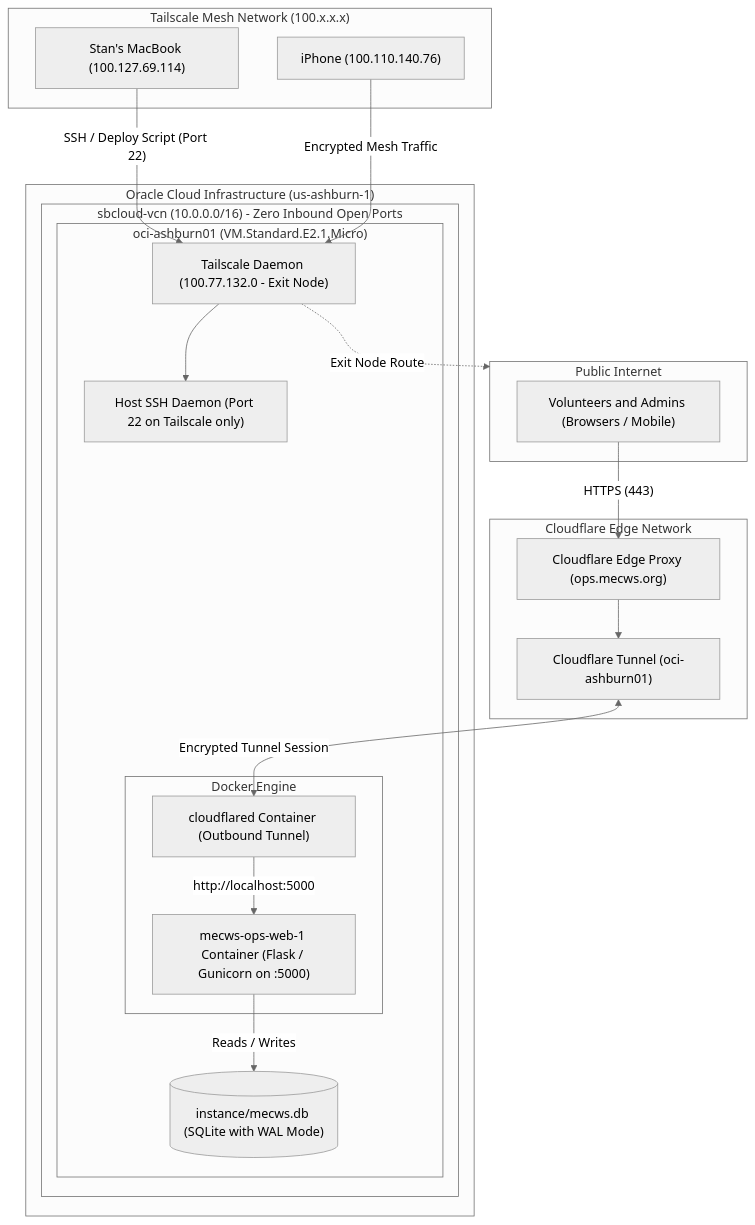
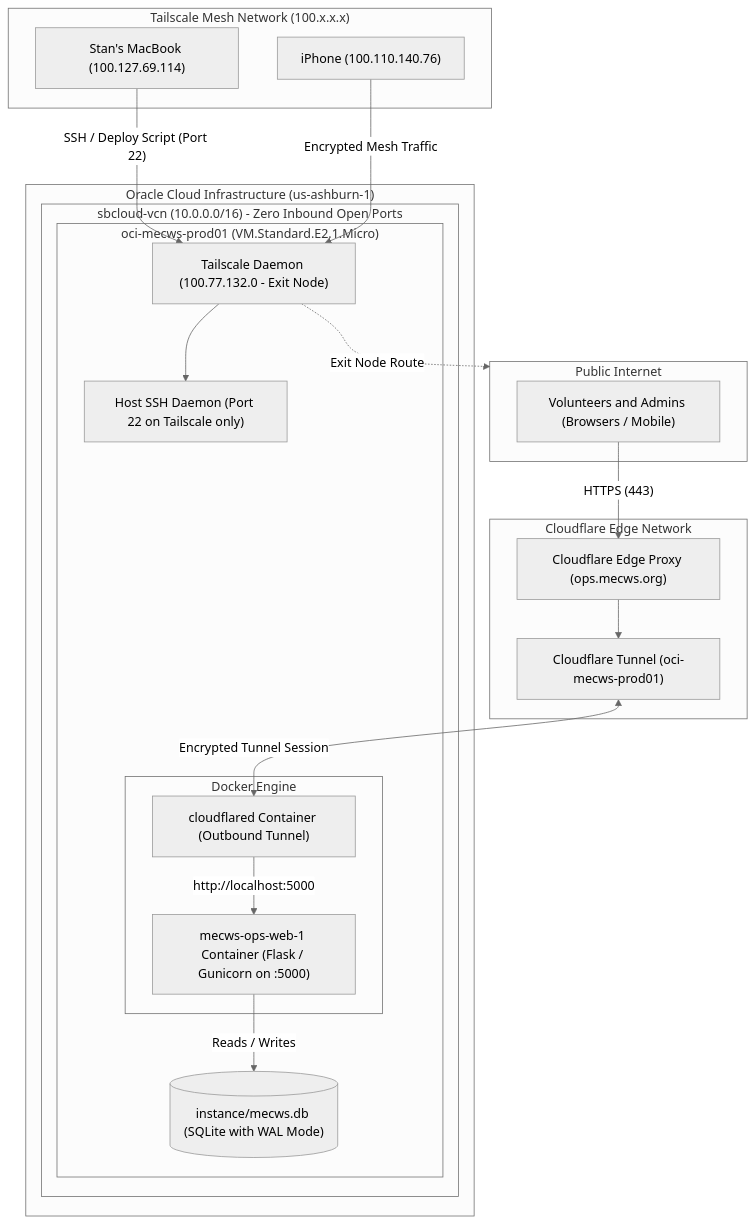
Before and after one commit to sbrinkerhoff/various-infrastructure: the diagram in oci-mecws/README.md, drawn with Mermaid (neutral theme). The commit also changed other lines of this file and 2 other files, not shown here.

First line of the commit message:
refactor(oci): rename oci-ashburn01 vm to oci-mecws-prod01

````diff
--- a/oci-mecws/README.md
+++ b/oci-mecws/README.md
@@ -17,45 +17,45 @@
 ```mermaid
 flowchart TD
     subgraph PublicInternet["Public Internet"]
         Volunteer["Volunteers and Admins (Browsers / Mobile)"]
     end
 
     subgraph Tailnet["Tailscale Mesh Network (100.x.x.x)"]
         MacBook["Stan's MacBook (100.127.69.114)"]
         iPhone["iPhone (100.110.140.76)"]
     end
 
     subgraph Cloudflare["Cloudflare Edge Network"]
         CFEdge["Cloudflare Edge Proxy (ops.mecws.org)"]
-        CFTunnel["Cloudflare Tunnel (oci-ashburn01)"]
+        CFTunnel["Cloudflare Tunnel (oci-mecws-prod01)"]
     end
 
     subgraph OCI["Oracle Cloud Infrastructure (us-ashburn-1)"]
         subgraph VCN["sbcloud-vcn (10.0.0.0/16) - Zero Inbound Open Ports"]
-            subgraph VM["oci-ashburn01 (VM.Standard.E2.1.Micro)"]
+            subgraph VM["oci-mecws-prod01 (VM.Standard.E2.1.Micro)"]
                 TSDaemon["Tailscale Daemon (100.77.132.0 - Exit Node)"]
                 SSHService["Host SSH Daemon (Port 22 on Tailscale only)"]
                 
                 subgraph DockerEngine["Docker Engine"]
                     CFTunContainer["cloudflared Container (Outbound Tunnel)"]
                     AppContainer["mecws-ops-web-1 Container (Flask / Gunicorn on :5000)"]
                 end
                 
                 SQLiteDB[("instance/mecws.db (SQLite with WAL Mode)")]
             end
         end
     end
 
     %% Public Traffic Flow
     Volunteer -->|"HTTPS (443)"| CFEdge
     CFEdge --> CFTunnel
     CFTunnel <-->|"Encrypted Tunnel Session"| CFTunContainer
     CFTunContainer -->|"http://localhost:5000"| AppContainer
     AppContainer -->|"Reads / Writes"| SQLiteDB
 
     %% Administrative Traffic Flow
     MacBook -->|"SSH / Deploy Script (Port 22)"| TSDaemon
     iPhone -->|"Encrypted Mesh Traffic"| TSDaemon
     TSDaemon --> SSHService
     TSDaemon -.->|"Exit Node Route"| PublicInternet
 ```
````
